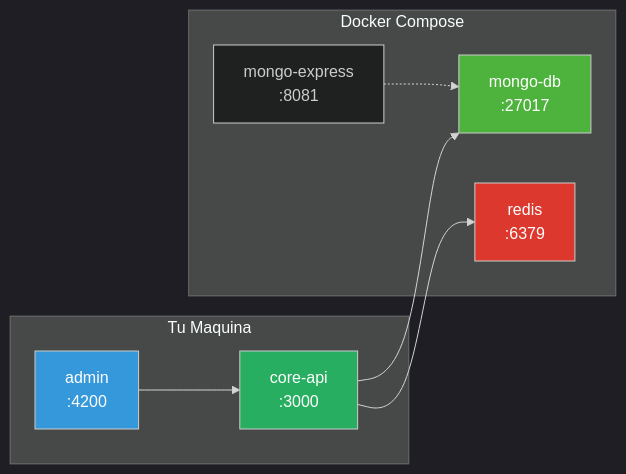
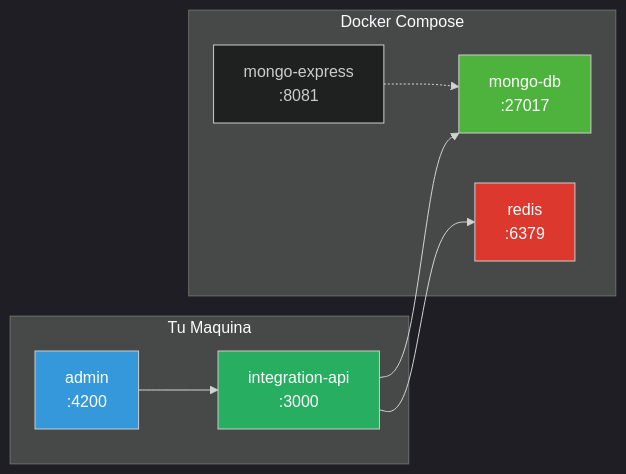
Before and after one commit to developer-implementos/integration-presentations: the diagram in presentations/local-development.md, drawn with Mermaid. The commit also changed other lines of this file and 15 other files, not shown here.

First line of the commit message:
feat: agregar Training Hub y corregir diagramas mermaid

````diff
--- a/presentations/local-development.md
+++ b/presentations/local-development.md
@@ -165,24 +165,24 @@
 ```mermaid
 %%{init: {'theme': 'dark'}}%%
 flowchart LR
     subgraph LOCAL["Tu Maquina"]
-        API["core-api\n:3000"]
+        API["integration-api\n:3000"]
         ADMIN["admin\n:4200"]
     end
 
     subgraph DOCKER["Docker Compose"]
         MONGO["mongo-db\n:27017"]
         REDIS["redis\n:6379"]
         MONGOX["mongo-express\n:8081"]
     end
 
     API --> MONGO
     API --> REDIS
     ADMIN --> API
     MONGOX -.-> MONGO
 
     style API fill:#27ae60,color:#fff
     style ADMIN fill:#3498db,color:#fff
     style MONGO fill:#4db33d,color:#fff
     style REDIS fill:#dc382d,color:#fff
 ```
````
